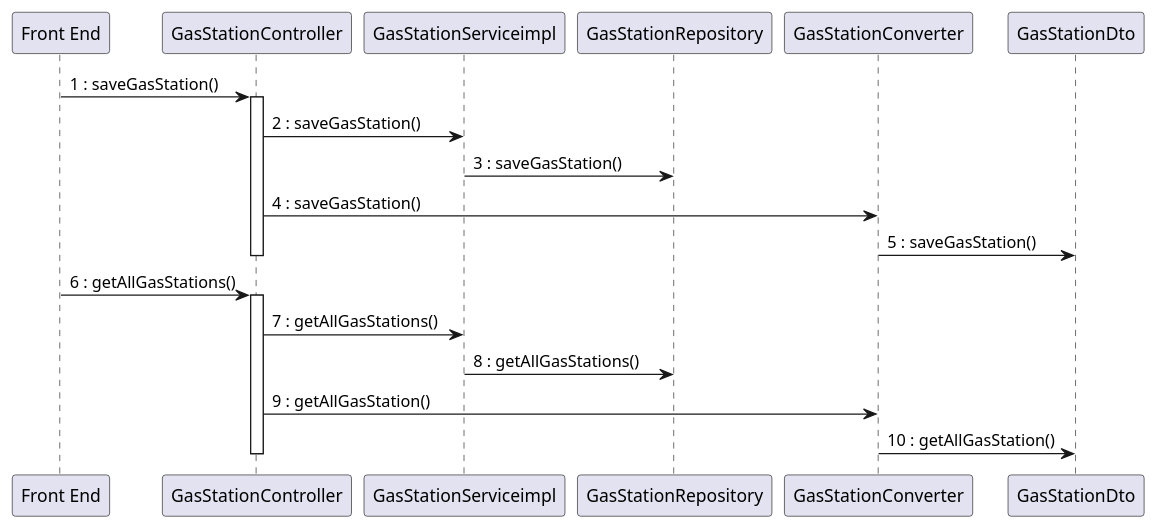
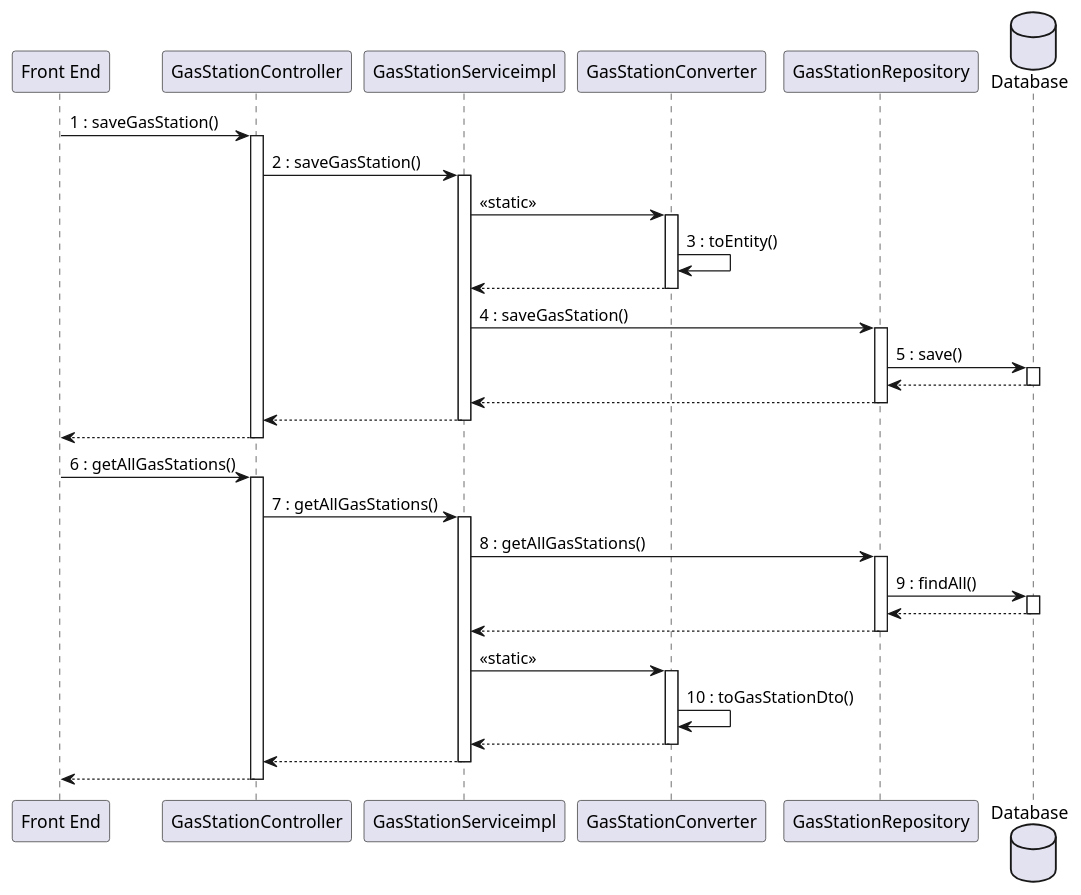
Before and after one commit to mosTavassoli/ezgas: the ninth of 15 diagrams in docs/DesignDocument.md, drawn with PlantUML. The commit also changed other lines of this file, not shown here.

Commit message:
docs(DesignDocument): edit sequence diagrams

````diff
--- a/docs/DesignDocument.md
+++ b/docs/DesignDocument.md
@@ -583,23 +643,36 @@
 ```plantuml
+database Database order 30
 "Front End" -> GasStationController:1 : saveGasStation()
 activate GasStationController
 GasStationController -> GasStationServiceimpl:2 : saveGasStation()
-
-GasStationServiceimpl -> GasStationRepository:3 : saveGasStation()
-
-GasStationController -> GasStationConverter:4 : saveGasStation()
-
-GasStationConverter -> GasStationDto:5 : saveGasStation()
-deactivate GasStationController
+activate GasStationServiceimpl
+GasStationServiceimpl -> GasStationConverter:<<static>>
+activate GasStationConverter
+GasStationConverter -> GasStationConverter:3 : toEntity()
+return
+GasStationServiceimpl -> GasStationRepository:4 : saveGasStation()
+activate GasStationRepository
+GasStationRepository -> Database:5 : save()
+activate Database
+return
+return
+return
+return
 
 "Front End" -> GasStationController:6 : getAllGasStations()
 activate GasStationController
 GasStationController -> GasStationServiceimpl:7 : getAllGasStations()
-
+activate GasStationServiceimpl
 GasStationServiceimpl -> GasStationRepository:8 : getAllGasStations()
-
-GasStationController -> GasStationConverter:9 : getAllGasStation()
-
-GasStationConverter -> GasStationDto:10 : getAllGasStation()
-deactivate GasStationController
+activate GasStationRepository
+GasStationRepository -> Database:9 : findAll()
+activate Database
+return
+return
+GasStationServiceimpl -> GasStationConverter:<<static>>
+activate GasStationConverter
+GasStationConverter -> GasStationConverter:10 : toGasStationDto()
+return
+return
+return
 ```
````
